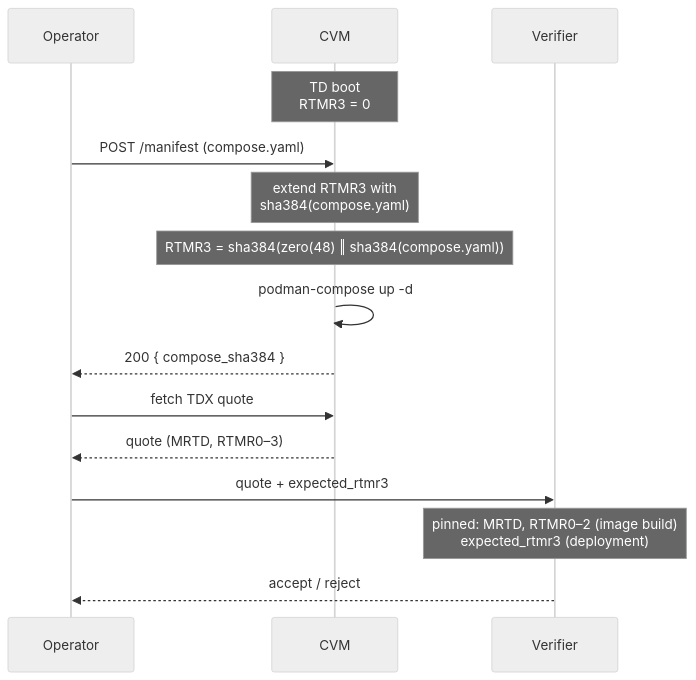
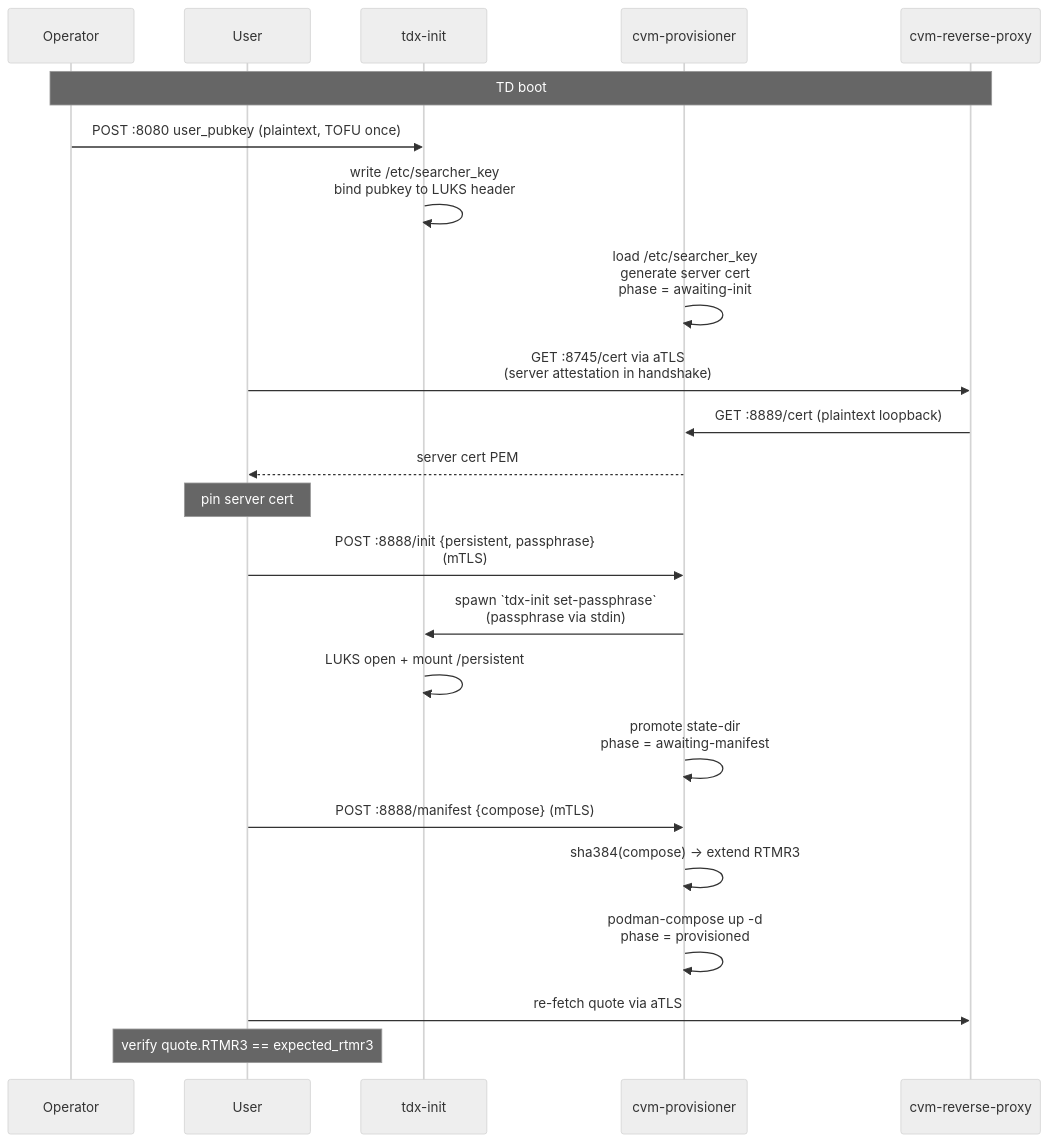
Before and after one commit to flashbots/cvm-provisioner: the second of 3 diagrams in README.md, drawn with Mermaid (neutral theme). The commit also changed other lines of this file and 11 other files, not shown here.

````diff
--- a/README.md
+++ b/README.md
@@ -18,20 +112,31 @@
 ```mermaid
 sequenceDiagram
     participant Operator
-    participant CVM
-    participant Verifier
+    participant User
+    participant tdx-init
+    participant cvm-provisioner
+    participant cvm-reverse-proxy
 
-    Note over CVM: TD boot<br/>RTMR3 = 0
+    Note over Operator,cvm-reverse-proxy: TD boot
 
-    Operator->>CVM: POST /manifest (compose.yaml)
-    Note over CVM: extend RTMR3 with<br/>sha384(compose.yaml)
-    Note over CVM: RTMR3 = sha384(zero(48) ‖ sha384(compose.yaml))
-    CVM->>CVM: podman-compose up -d
-    CVM-->>Operator: 200 { compose_sha384 }
+    Operator->>tdx-init: POST :8080 user_pubkey (plaintext, TOFU once)
+    tdx-init->>tdx-init: write /etc/searcher_key<br/>bind pubkey to LUKS header
+    cvm-provisioner->>cvm-provisioner: load /etc/searcher_key<br/>generate server cert<br/>phase = awaiting-init
 
-    Operator->>CVM: fetch TDX quote
-    CVM-->>Operator: quote (MRTD, RTMR0–3)
-    Operator->>Verifier: quote + expected_rtmr3
-    Note over Verifier: pinned: MRTD, RTMR0–2 (image build)<br/>expected_rtmr3 (deployment)
-    Verifier-->>Operator: accept / reject
+    User->>cvm-reverse-proxy: GET :8745/cert via aTLS<br/>(server attestation in handshake)
+    cvm-reverse-proxy->>cvm-provisioner: GET :8889/cert (plaintext loopback)
+    cvm-provisioner-->>User: server cert PEM
+    Note over User: pin server cert
+
+    User->>cvm-provisioner: POST :8888/init {persistent, passphrase}<br/>(mTLS)
+    cvm-provisioner->>tdx-init: spawn `tdx-init set-passphrase`<br/>(passphrase via stdin)
+    tdx-init->>tdx-init: LUKS open + mount /persistent
+    cvm-provisioner->>cvm-provisioner: promote state-dir<br/>phase = awaiting-manifest
+
+    User->>cvm-provisioner: POST :8888/manifest {compose} (mTLS)
+    cvm-provisioner->>cvm-provisioner: sha384(compose) → extend RTMR3
+    cvm-provisioner->>cvm-provisioner: podman-compose up -d<br/>phase = provisioned
+
+    User->>cvm-reverse-proxy: re-fetch quote via aTLS
+    Note over User: verify quote.RTMR3 == expected_rtmr3
 ```
````
